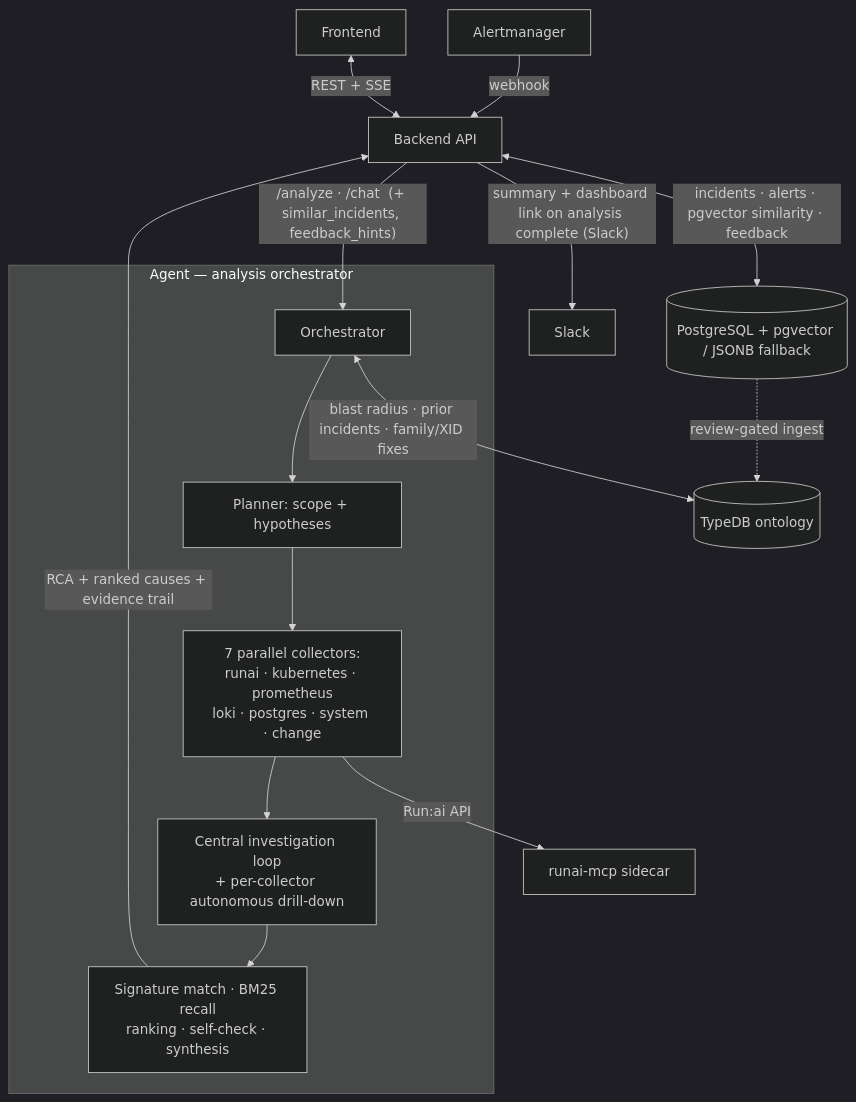
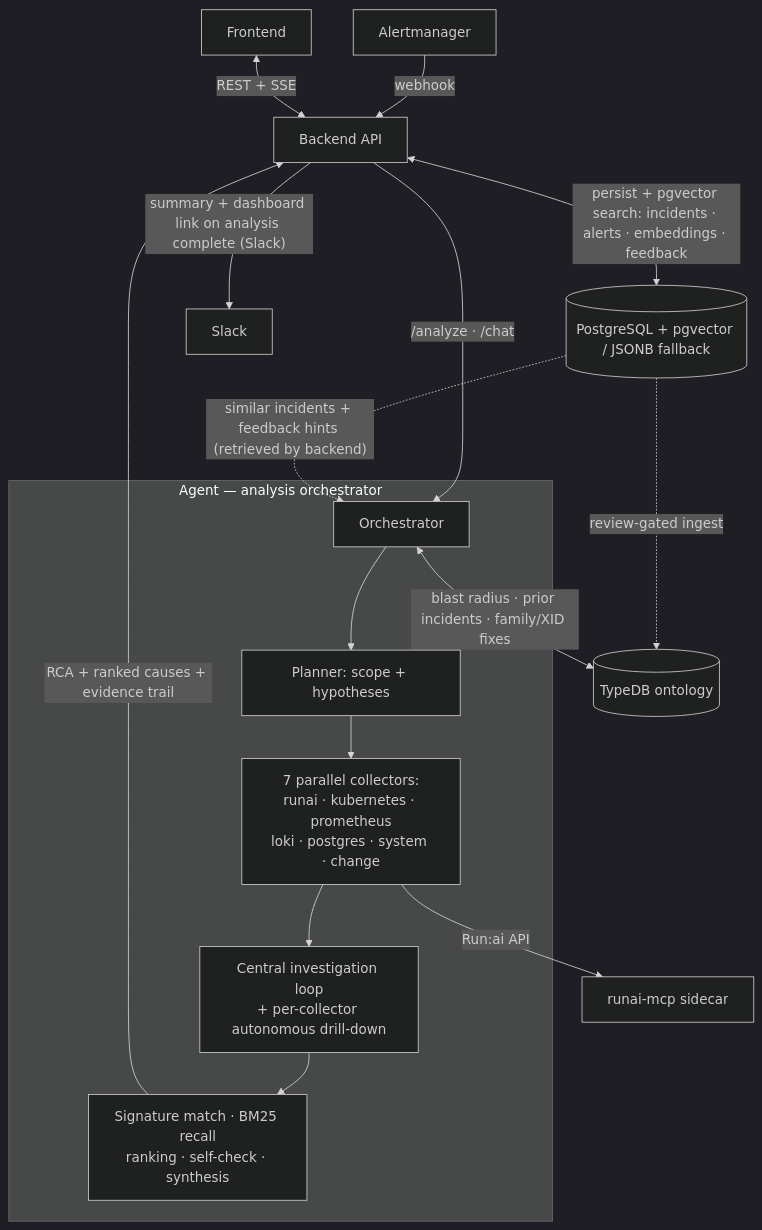
The diagram in README.md (uclix-nvidia-sw/runaiRCA), drawn with Mermaid (dark theme) before and after one commit. The commit also changed 2 other files, not shown here.

Commit message:
docs: draw pgvector→agent consumer edge; align Slack docs to the impl
- Diagram: pgvector stays backend-owned (it runs the cosine search), but
  its output now visibly terminates at the agent — a dotted "similar
  incidents + feedback hints (retrieved by backend)" edge from the store
  to the orchestrator, the actual consumer. Answers "the agent uses this,
  so connect it to the agent" without implying the agent queries pgvector
  directly.
- Slack: the feature is implemented (backend/internal/server/slack.go),
  not planned — correct the docs to match. Real env is a BOT TOKEN
  (SLACK_BOT_TOKEN + SLACK_CHANNEL_ID, chat:write) plus optional
  DASHBOARD_URL, not the SLACK_WEBHOOK_URL/PUBLIC_BASE_URL I had guessed
  (a webhook can't return the thread_ts needed to thread re-analyses).
  Documented the real delivery rules: first analysis opens a channel
  thread ("Initial Analysis"), operator re-analyses reply into it
  ("Nth Analysis"), auto/backfill + failed runs are never posted.

````diff
--- a/README.md
+++ b/README.md
@@ -23,22 +23,23 @@
 ```mermaid
 flowchart TD
   AM[Alertmanager] -->|webhook| BE[Backend API]
   FE[Frontend] <-->|REST + SSE| BE
-  BE <-->|"incidents · alerts · pgvector similarity · feedback"| DB[(PostgreSQL + pgvector / JSONB fallback)]
+  BE <-->|"persist + pgvector search: incidents · alerts · embeddings · feedback"| DB[(PostgreSQL + pgvector / JSONB fallback)]
   BE -->|"summary + dashboard link on analysis complete (Slack)"| SLACK[Slack]
-  BE -->|"/analyze · /chat  (+ similar_incidents, feedback_hints)"| ORCH
+  BE -->|"/analyze · /chat"| ORCH
 
   subgraph AG["Agent — analysis orchestrator"]
     ORCH[Orchestrator]
     PLAN[Planner: scope + hypotheses]
     COLL["7 parallel collectors:<br/>runai · kubernetes · prometheus<br/>loki · postgres · system · change"]
     INV["Central investigation loop<br/>+ per-collector autonomous drill-down"]
     SYN["Signature match · BM25 recall<br/>ranking · self-check · synthesis"]
     ORCH --> PLAN --> COLL --> INV --> SYN
   end
 
+  DB -.->|"similar incidents + feedback hints (retrieved by backend)"| ORCH
   ORCH <-->|"blast radius · prior incidents · family/XID fixes"| KG[("TypeDB ontology")]
   COLL -->|Run:ai API| MCP[runai-mcp sidecar]
   SYN -->|"RCA + ranked causes + evidence trail"| BE
   DB -.->|review-gated ingest| KG
 ```
````
